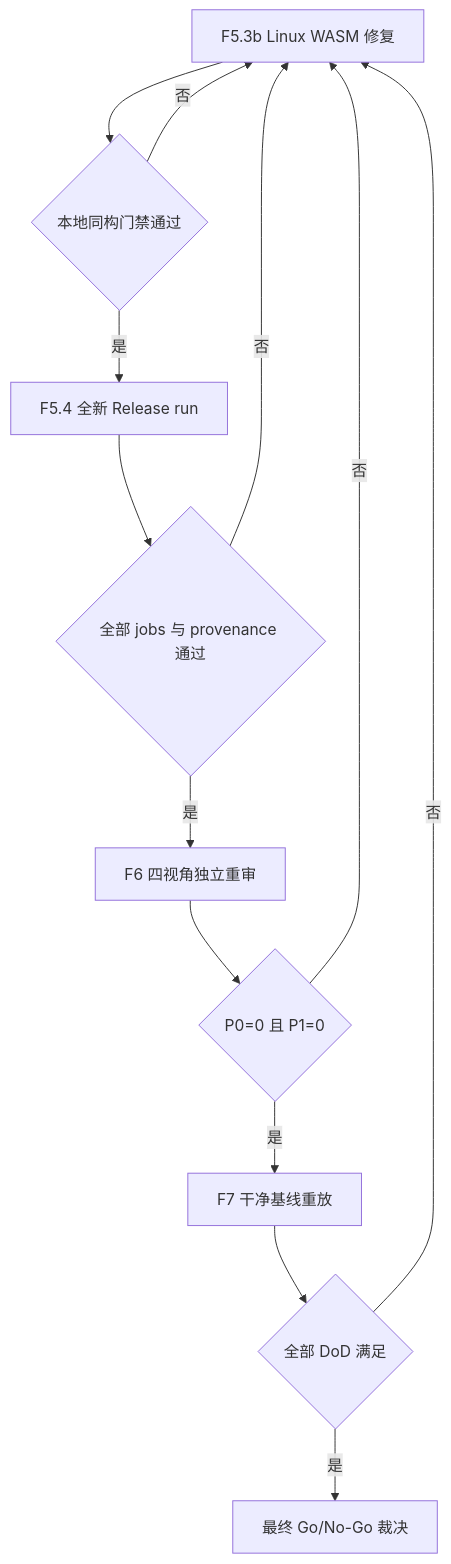
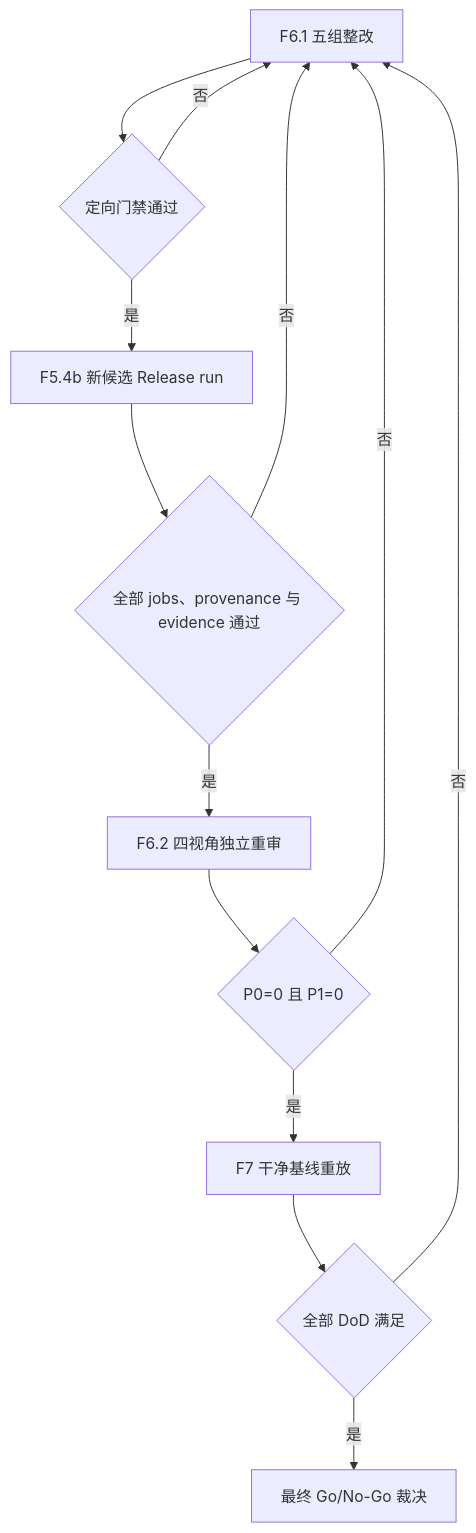
The diagram in docs/plans/2026-08-06-u10-e2ee-final-closure-execution-plan.md (ZhcChen/redcode-im), drawn with Mermaid before and after one commit. The commit also changed other lines of this file and 1 other file, not shown here.

````diff
--- a/docs/plans/2026-08-06-u10-e2ee-final-closure-execution-plan.md
+++ b/docs/plans/2026-08-06-u10-e2ee-final-closure-execution-plan.md
@@ -96,15 +96,15 @@
 ```mermaid
 flowchart TB
-  A[F5.3b Linux WASM 修复] --> B{本地同构门禁通过}
+  A[F6.1 五组整改] --> B{定向门禁通过}
   B -->|否| A
-  B -->|是| C[F5.4 全新 Release run]
-  C --> D{全部 jobs 与 provenance 通过}
+  B -->|是| C[F5.4b 新候选 Release run]
+  C --> D{全部 jobs、provenance 与 evidence 通过}
   D -->|否| A
-  D -->|是| E[F6 四视角独立重审]
+  D -->|是| E[F6.2 四视角独立重审]
   E --> F{P0=0 且 P1=0}
   F -->|否| A
   F -->|是| G[F7 干净基线重放]
   G --> H{全部 DoD 满足}
   H -->|否| A
   H -->|是| I[最终 Go/No-Go 裁决]
 ```
````
